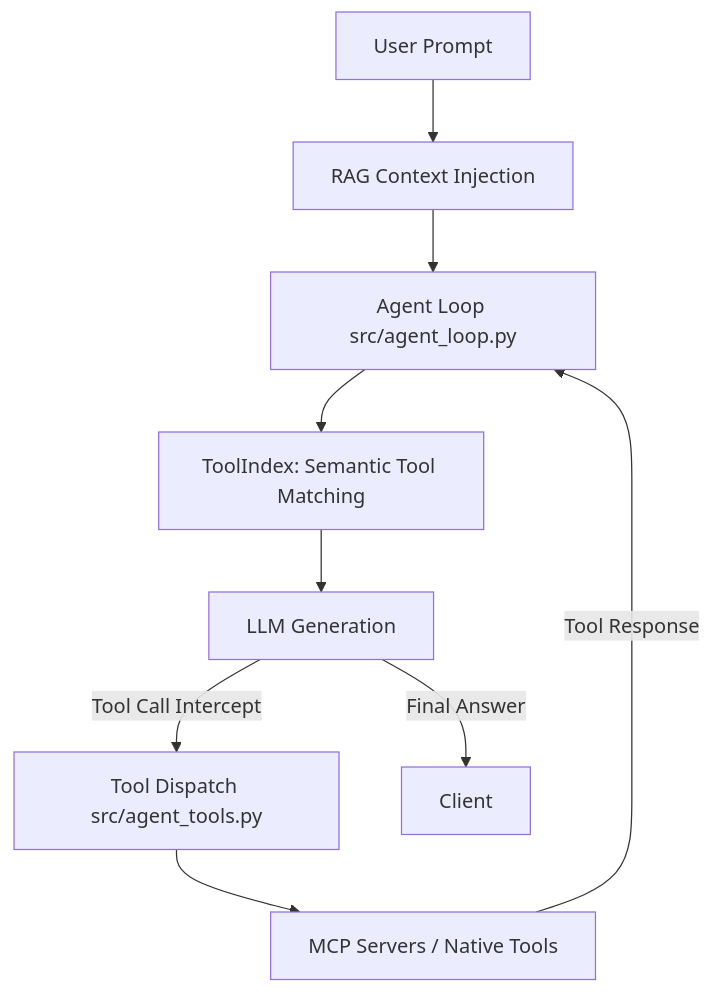
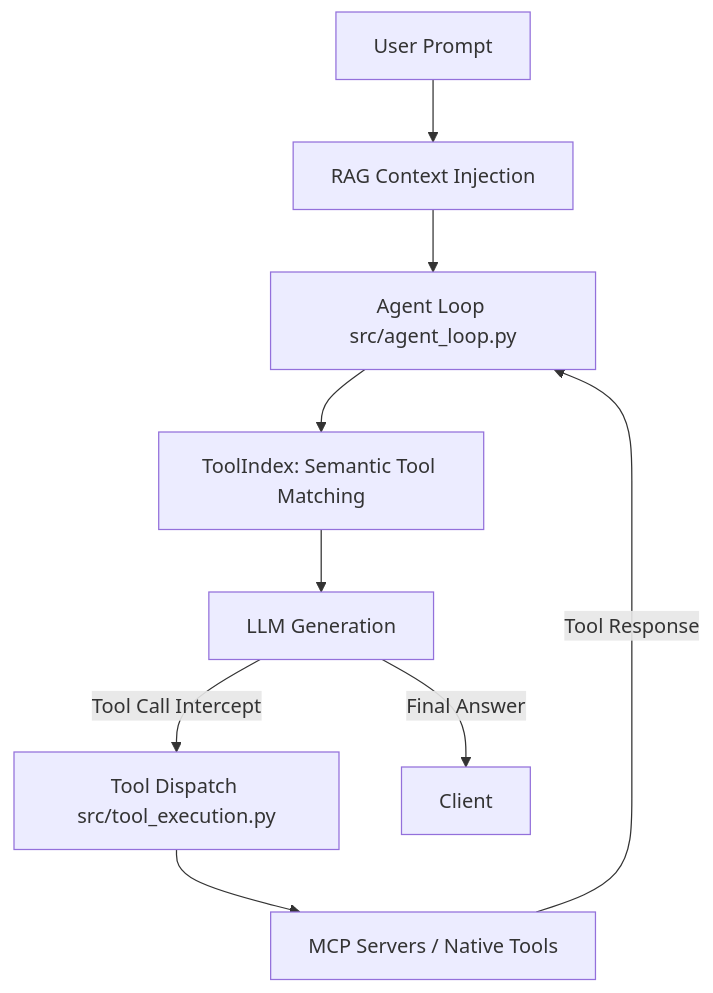
The tenth of 27 diagrams in docs/ARCHITECTURE.md (odysseus-dev/odysseus), drawn with Mermaid before and after one commit. The commit also changed other lines of this file, not shown here.

First line of the commit message:
docs(architecture): complete gap analysis and document missing files

````diff
--- a/docs/ARCHITECTURE.md
+++ b/docs/ARCHITECTURE.md
@@ -1475,11 +1499,11 @@
 ```mermaid
 graph TD
     Input[User Prompt] --> RAG[RAG Context Injection]
     RAG --> Loop[Agent Loop src/agent_loop.py]
     Loop --> Index[ToolIndex: Semantic Tool Matching]
     Index --> LLM[LLM Generation]
-    LLM --> |Tool Call Intercept| Dispatch[Tool Dispatch src/agent_tools.py]
+    LLM --> |Tool Call Intercept| Dispatch[Tool Dispatch src/tool_execution.py]
     Dispatch --> MCP[MCP Servers / Native Tools]
     MCP --> |Tool Response| Loop
     LLM --> |Final Answer| Output[Client]
 ```
````
